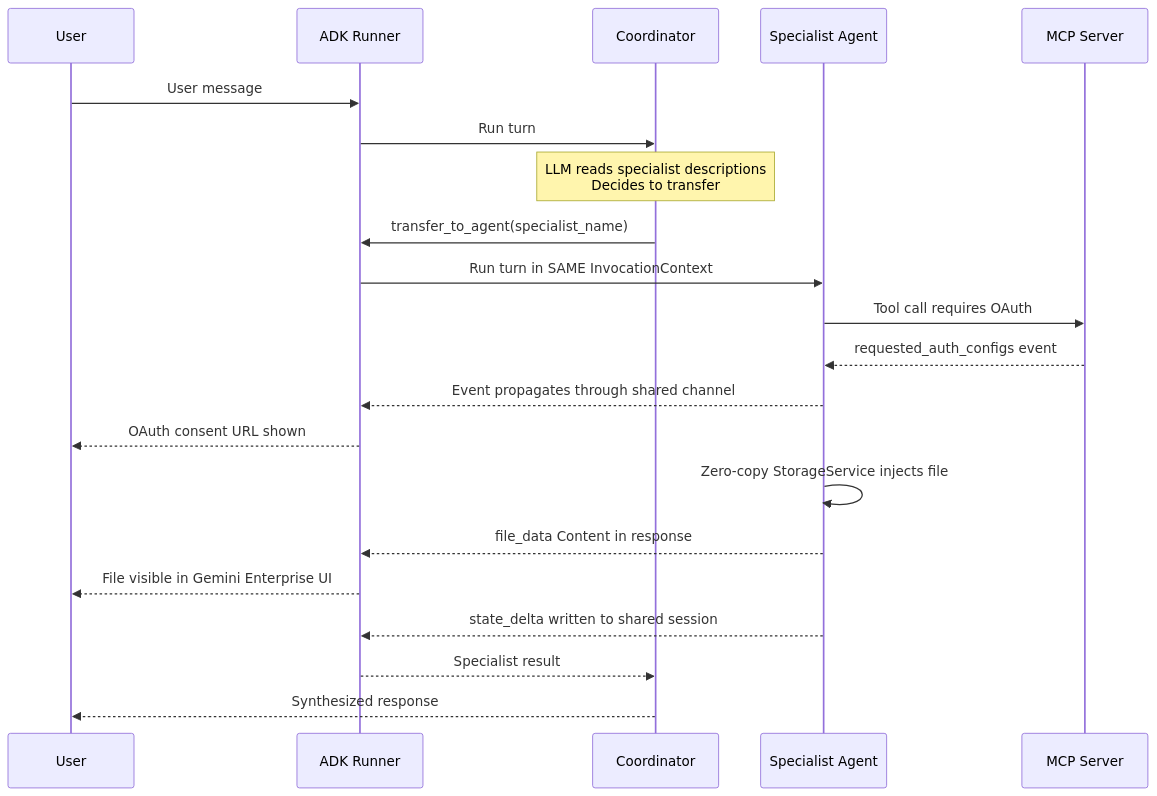
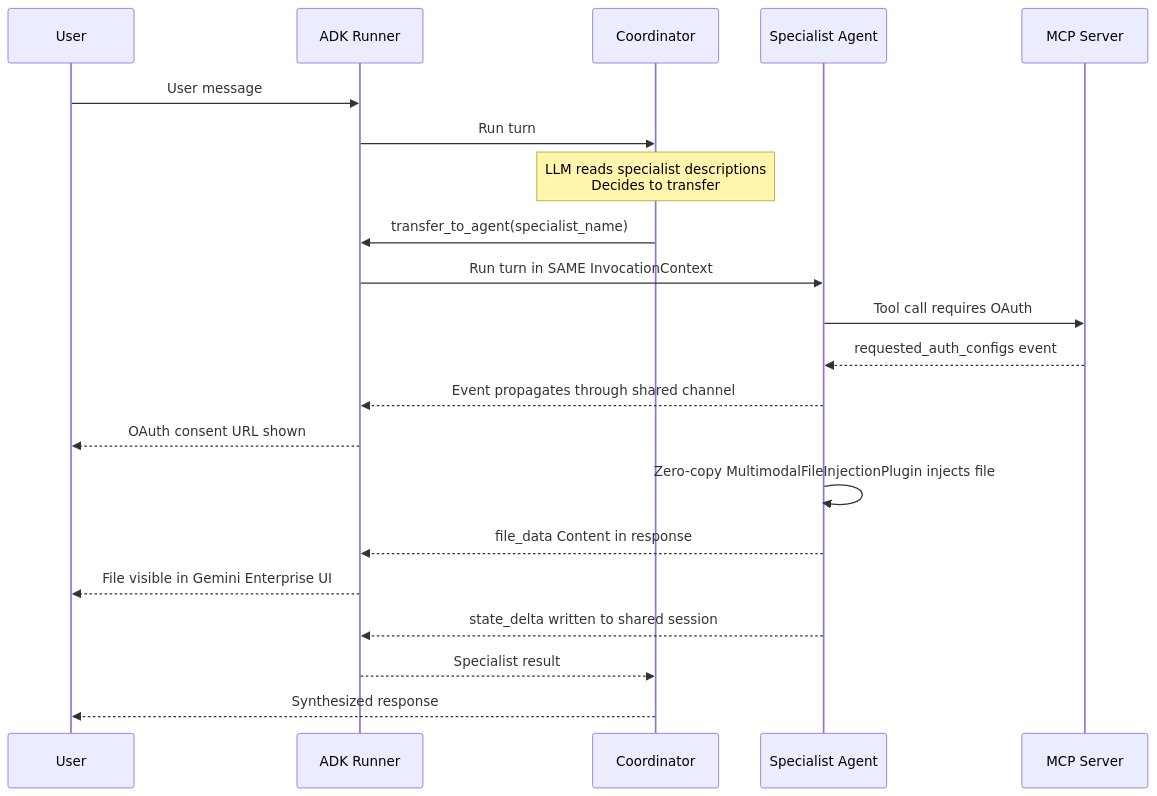
One commit to eamadorm-endava/Research-Agent changed the second of 3 diagrams in docs/AI-Agent-Development/10-AgentTool-vs-SubAgents.md. Above: the diagram before and after it, drawn with Mermaid. The commit also changed other lines of this file, not shown here.

````diff
--- a/docs/AI-Agent-Development/10-AgentTool-vs-SubAgents.md
+++ b/docs/AI-Agent-Development/10-AgentTool-vs-SubAgents.md
@@ -125,29 +125,29 @@
 ```mermaid
 sequenceDiagram
     participant User
     participant Runner as ADK Runner
     participant Coord as Coordinator
     participant Spec as Specialist Agent
     participant MCP as MCP Server
 
     User->>Runner: User message
     Runner->>Coord: Run turn
 
     Note over Coord: LLM reads specialist descriptions<br/>Decides to transfer
 
     Coord->>Runner: transfer_to_agent(specialist_name)
     Runner->>Spec: Run turn in SAME InvocationContext
 
     Spec->>MCP: Tool call requires OAuth
     MCP-->>Spec: requested_auth_configs event
     Spec-->>Runner: Event propagates through shared channel
     Runner-->>User: OAuth consent URL shown
 
-    Spec->>Spec: Zero-copy StorageService injects file
+    Spec->>Spec: Zero-copy MultimodalFileInjectionPlugin injects file
     Spec-->>Runner: file_data Content in response
     Runner-->>User: File visible in Gemini Enterprise UI
 
     Spec-->>Runner: state_delta written to shared session
     Runner-->>Coord: Specialist result
     Coord-->>User: Synthesized response
 ```
````
